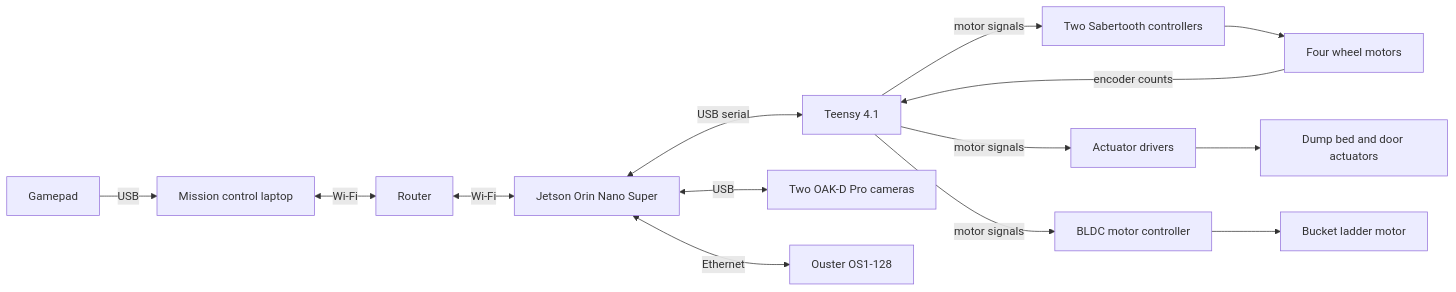
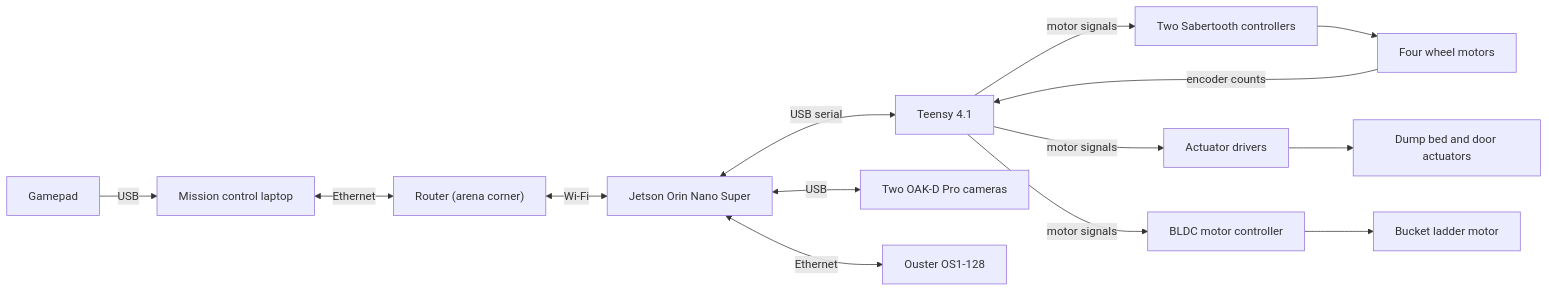
Before and after one commit to InnovaRobotics/innex-1: the first of 2 diagrams in docs/system-design.md, drawn with Mermaid. The commit also changed other lines of this file and 10 other files, not shown here.

````diff
--- a/docs/system-design.md
+++ b/docs/system-design.md
@@ -34,16 +34,16 @@
 ```mermaid
 flowchart LR
     gamepad["Gamepad"] -->|USB| laptop["Mission control laptop"]
-    laptop <-->|Wi-Fi| router["Router"]
+    laptop <-->|Ethernet| router["Router (arena corner)"]
     router <-->|Wi-Fi| jetson["Jetson Orin Nano Super"]
     jetson <-->|USB serial| teensy["Teensy 4.1"]
     jetson <-->|USB| oak["Two OAK-D Pro cameras"]
     jetson <-->|Ethernet| ouster["Ouster OS1-128"]
     teensy -->|motor signals| sabertooth["Two Sabertooth controllers"]
     teensy -->|motor signals| drivers["Actuator drivers"]
     teensy -->|motor signals| bldc["BLDC motor controller"]
     drivers --> actuators["Dump bed and door actuators"]
     bldc --> ladder["Bucket ladder motor"]
     sabertooth --> wheels["Four wheel motors"]
     wheels -->|encoder counts| teensy
 ```
````
